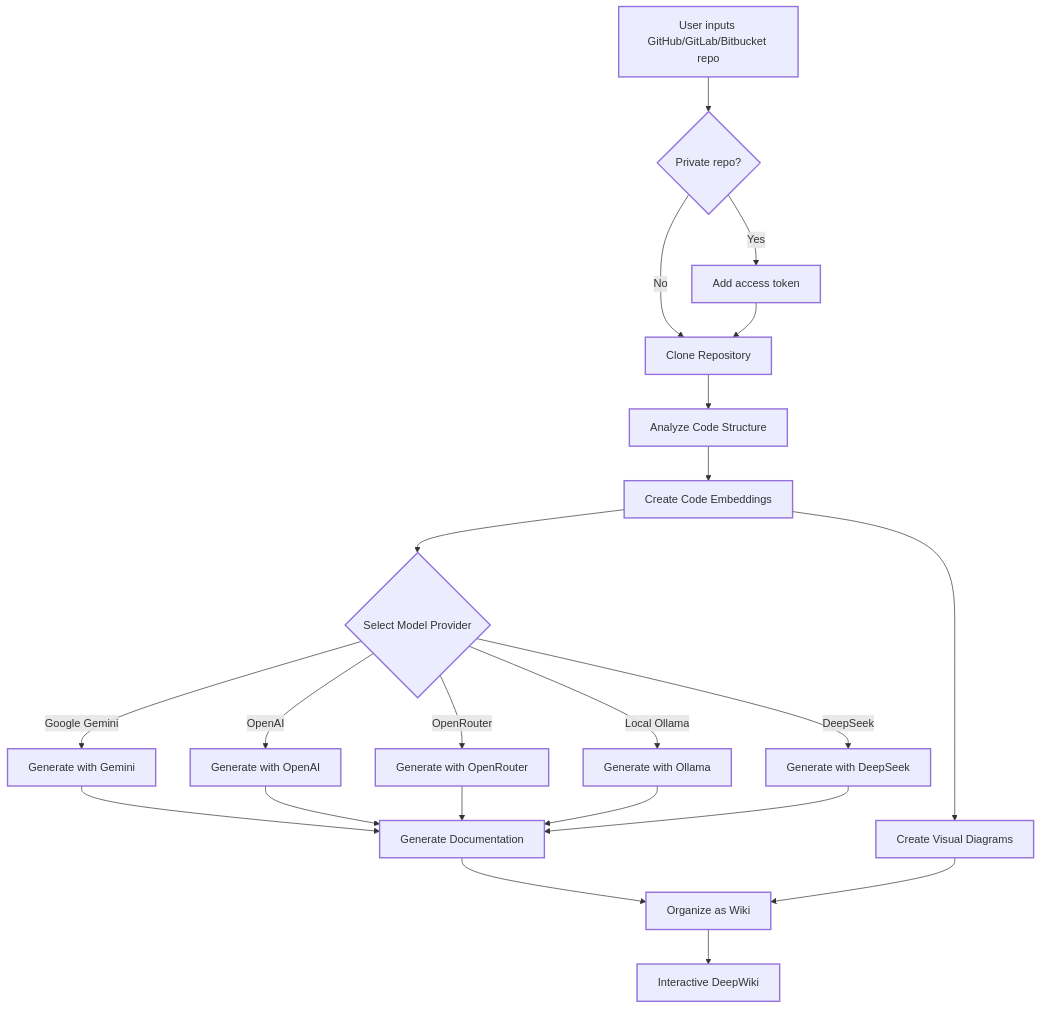
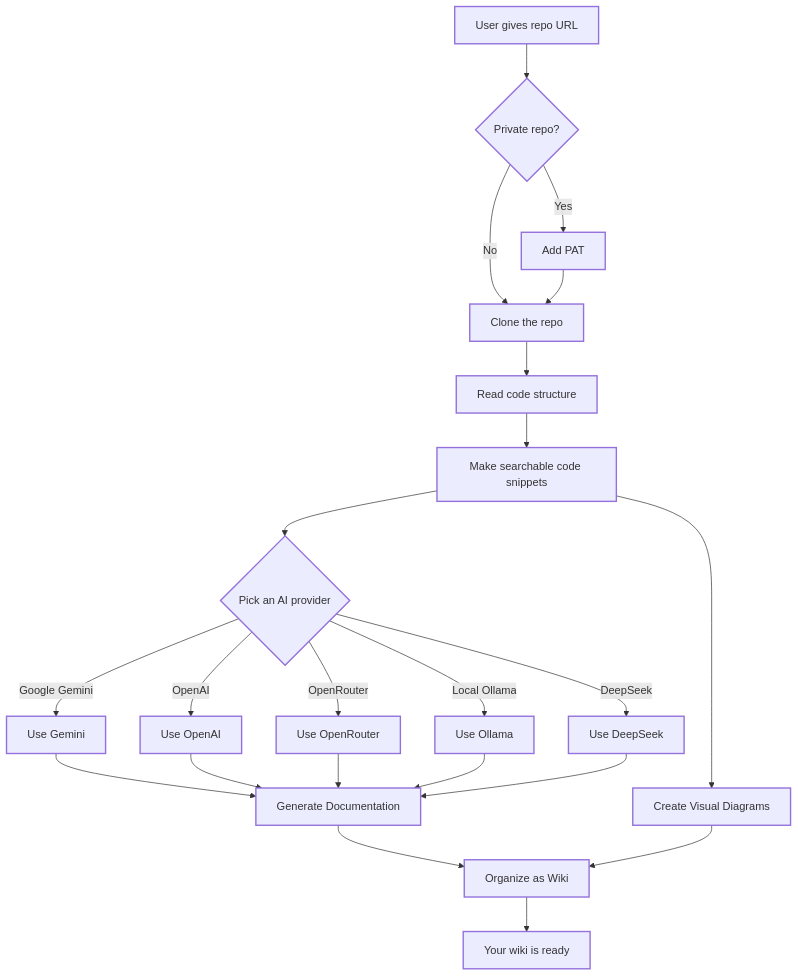
The diagram in README.md (viettdann/deepwiki-open), drawn with Mermaid before and after one commit. The commit also changed other lines of this file and 4 other files, not shown here.

````diff
--- a/README.md
+++ b/README.md
@@ -127,37 +133,37 @@
 ```mermaid
 graph TD
-    A[User inputs GitHub/GitLab/Bitbucket repo] --> AA{Private repo?}
-    AA -->|Yes| AB[Add access token]
-    AA -->|No| B[Clone Repository]
+    A[User gives repo URL] --> AA{Private repo?}
+    AA -->|Yes| AB[Add PAT]
+    AA -->|No| B[Clone the repo]
     AB --> B
-    B --> C[Analyze Code Structure]
-    C --> D[Create Code Embeddings]
+    B --> C[Read code structure]
+    C --> D[Make searchable code snippets]
 
-    D --> M{Select Model Provider}
-    M -->|Google Gemini| E1[Generate with Gemini]
-    M -->|OpenAI| E2[Generate with OpenAI]
-    M -->|OpenRouter| E3[Generate with OpenRouter]
-    M -->|Local Ollama| E4[Generate with Ollama]
-    M -->|DeepSeek| E5[Generate with DeepSeek]
+    D --> M{Pick an AI provider}
+    M -->|Google Gemini| E1[Use Gemini]
+    M -->|OpenAI| E2[Use OpenAI]
+    M -->|OpenRouter| E3[Use OpenRouter]
+    M -->|Local Ollama| E4[Use Ollama]
+    M -->|DeepSeek| E5[Use DeepSeek]
 
     E1 --> E[Generate Documentation]
     E2 --> E
     E3 --> E
     E4 --> E
     E5 --> E
 
     D --> F[Create Visual Diagrams]
     E --> G[Organize as Wiki]
     F --> G
-    G --> H[Interactive DeepWiki]
+    G --> H[Your wiki is ready]
 
     classDef process stroke-width:2px;
     classDef data stroke-width:2px;
     classDef result stroke-width:2px;
     classDef decision stroke-width:2px;
 
     class A,D data;
     class AA,M decision;
     class B,C,E,F,G,AB,E1,E2,E3,E4,E5 process;
     class H result;
 ```
````
